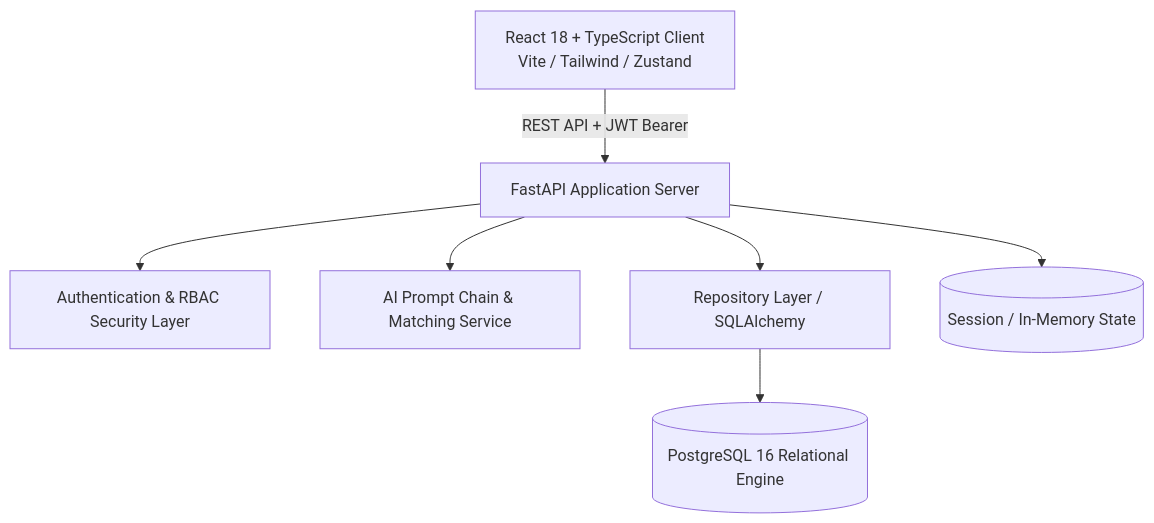
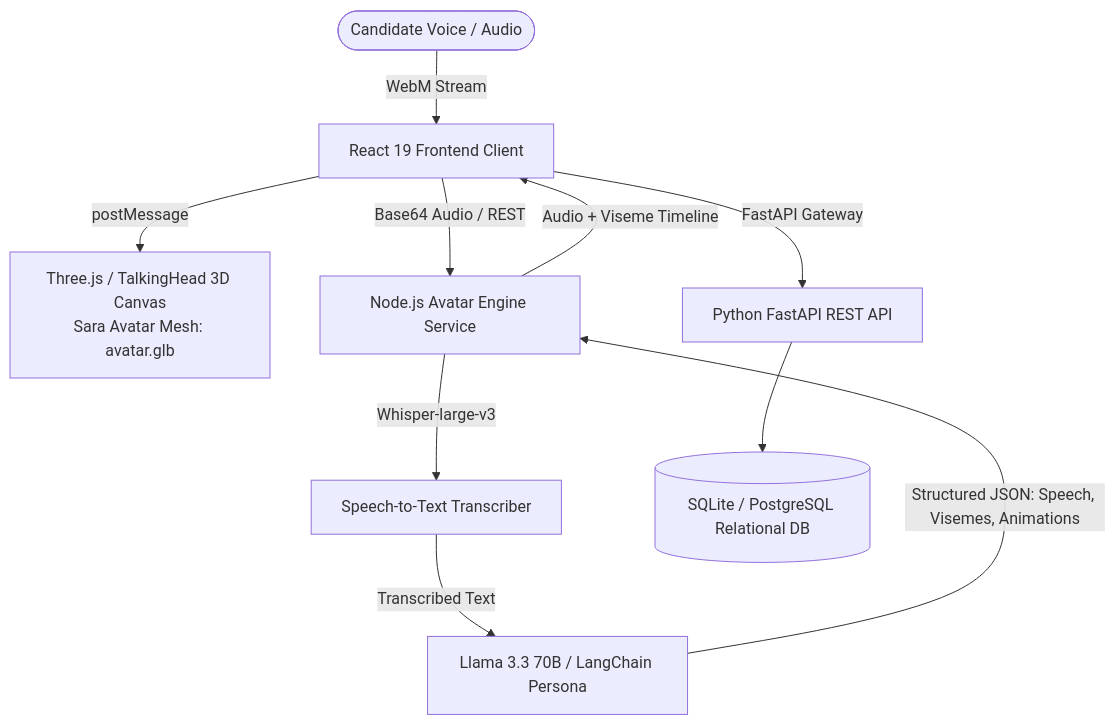
Before and after one commit to yasmenmad/hired: the diagram in README.md, drawn with Mermaid. The commit also changed other lines of this file and 78 other files, not shown here.

Commit message:
feat(avatar): integrate Sara 3D HR Interviewer with Three.js lip-sync, Whisper-large-v3, and HIRED_V13 architecture

````diff
--- a/README.md
+++ b/README.md
@@ -15,9 +20,12 @@
 ```mermaid
 flowchart TD
-    Client[React 18 + TypeScript Client<br/>Vite / Tailwind / Zustand] -->|REST API + JWT Bearer| Gateway[FastAPI Application Server]
-    Gateway --> Auth[Authentication & RBAC Security Layer]
-    Gateway --> AI[AI Prompt Chain & Matching Service]
-    Gateway --> Repos[Repository Layer / SQLAlchemy]
-    Repos --> DB[(PostgreSQL 16 Relational Engine)]
-    Gateway --> Cache[(Session / In-Memory State)]
+    User([Candidate Voice / Audio]) -->|WebM Stream| Client[React 19 Frontend Client]
+    Client -->|postMessage| AvatarIframe[Three.js / TalkingHead 3D Canvas<br/>Sara Avatar Mesh: avatar.glb]
+    Client -->|Base64 Audio / REST| AvatarEngine[Node.js Avatar Engine Service]
+    AvatarEngine -->|Whisper-large-v3| WhisperAPI[Speech-to-Text Transcriber]
+    WhisperAPI -->|Transcribed Text| LLM[Llama 3.3 70B / LangChain Persona]
+    LLM -->|Structured JSON: Speech, Visemes, Animations| AvatarEngine
+    AvatarEngine -->|Audio + Viseme Timeline| Client
+    Client -->|FastAPI Gateway| Backend[Python FastAPI REST API]
+    Backend --> DB[(SQLite / PostgreSQL Relational DB)]
 ```
````
